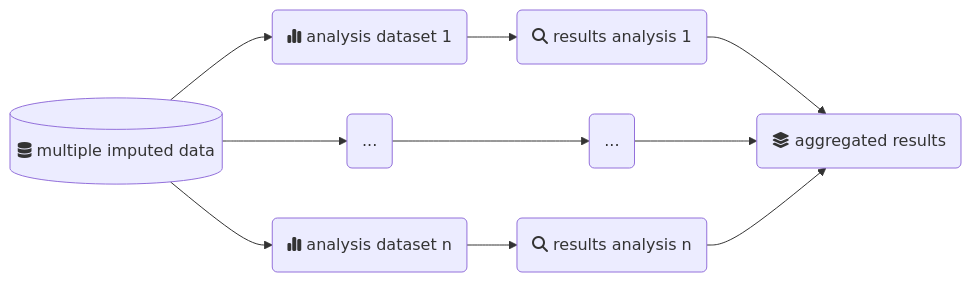
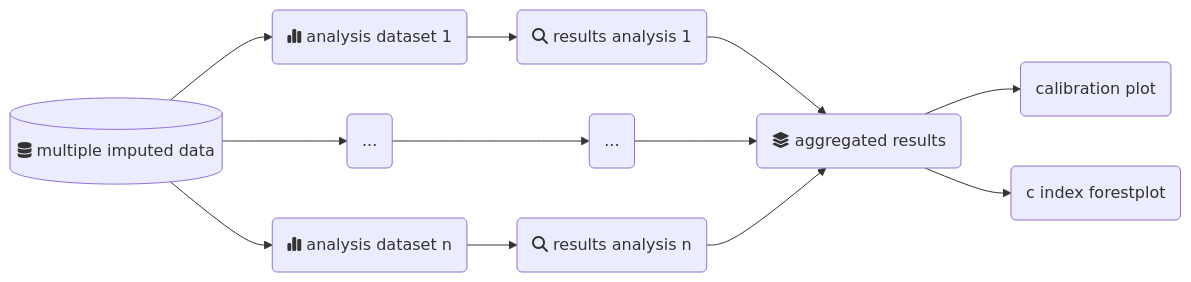
One commit to metodologianavarrabiomed/mice-ext-val changed the first of 3 diagrams in README.md. Above: the diagram before and after it, drawn with Mermaid. The commit also changed other lines of this file, not shown here.

Commit message:
update the readme adding graphs and improving the explanation example

````diff
--- a/README.md
+++ b/README.md
@@ -12,12 +10,14 @@
 ```mermaid
 flowchart LR
 data[(fa:fa-database multiple imputed data)] --> a1(fa:fa-chart-simple analysis dataset 1)
 data --> adots(...)
 data --> an(fa:fa-chart-simple analysis dataset n)
 a1 --> res1(fa:fa-magnifying-glass results analysis 1)
 adots --> res2(...)
 an --> resn(fa:fa-magnifying-glass results analysis n)
 res1 --> total_results(fa:fa-layer-group aggregated results)
 res2 --> total_results
 resn --> total_results
+total_results --> cal_plot(calibration plot)
+total_results --> c_index(c index forestplot)
 ```
````
